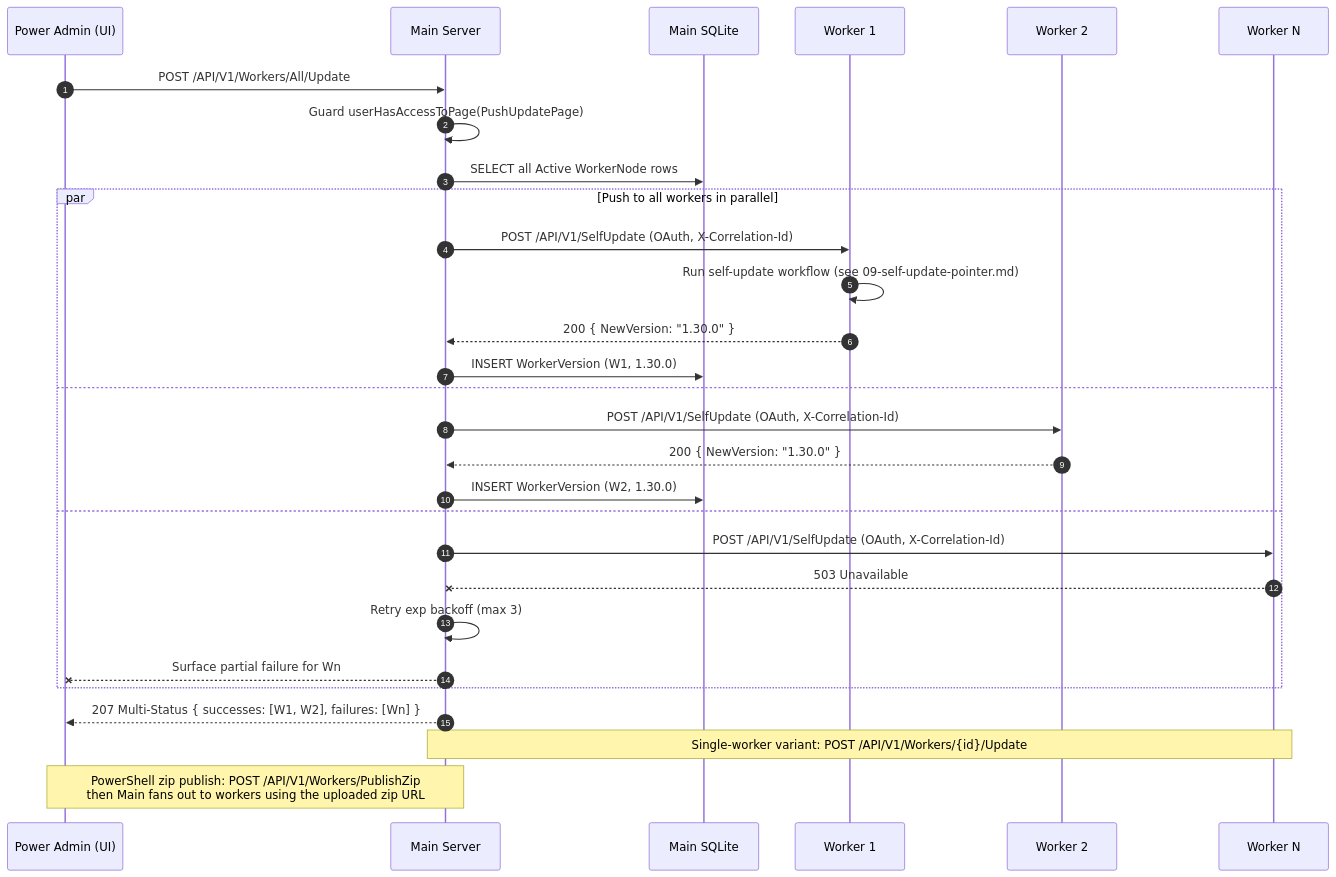
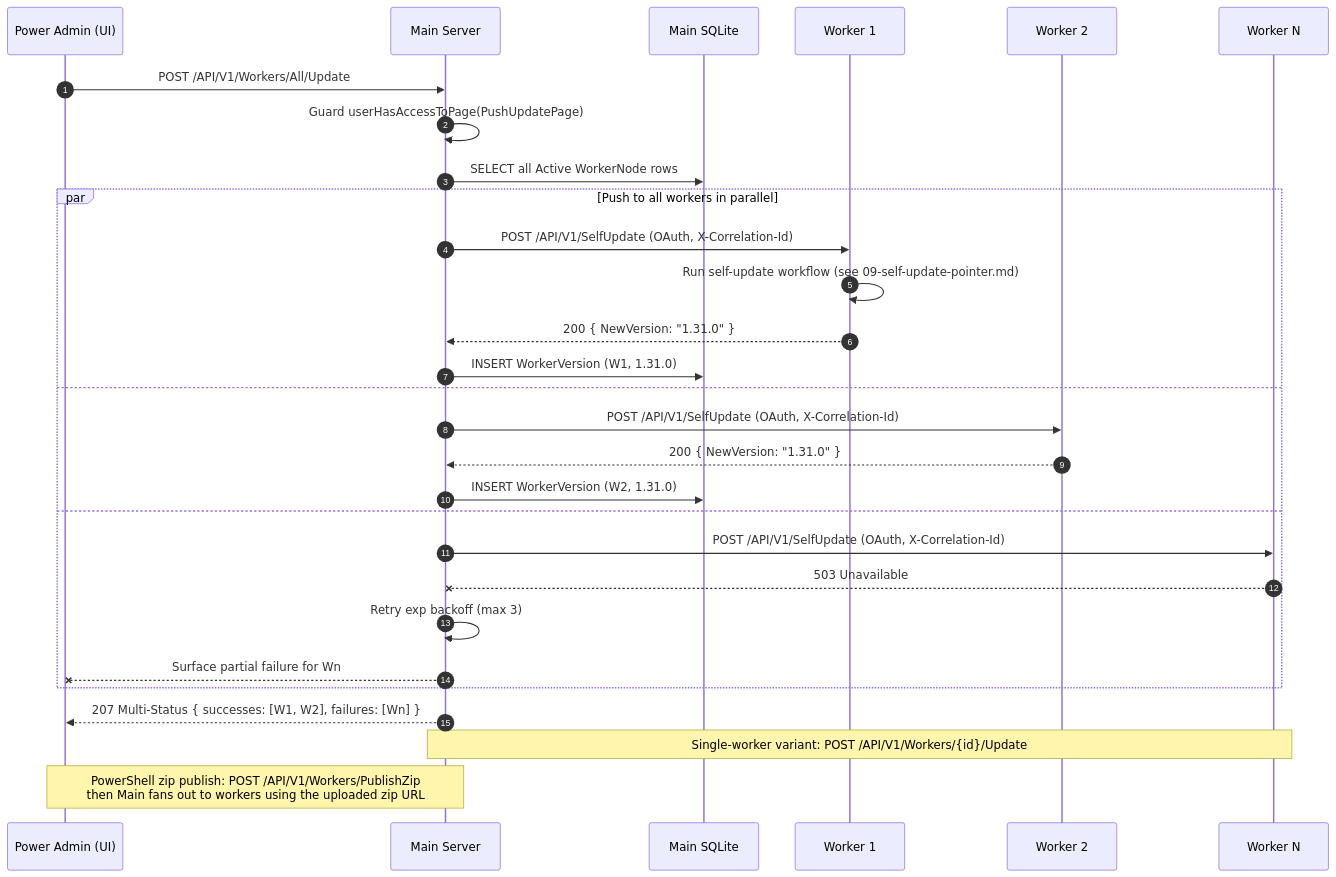
Before and after one commit to alimtvnetwork/prompt-architect-v2: the diagram in spec/19-main-worker-service/diagrams/seq-push-update.mmd, drawn with Mermaid. The commit also changed 13 other files, not shown here.

```diff
--- a/spec/19-main-worker-service/diagrams/seq-push-update.mmd
+++ b/spec/19-main-worker-service/diagrams/seq-push-update.mmd
@@ -1,43 +1,43 @@
 %% ==========================================================
 %% NON-AUTHORITATIVE PROJECTION
 %% ==========================================================
 %% Subject:        Power-Admin push-update fan-out
 %% Authoritative:  spec/14-update/28-worker-push-instruction.md + spec/19/15-tunable-constants.md
 %% Status:         Illustrative only. If this diagram disagrees
 %%                 with the authoritative spec(s) above, the
 %%                 spec wins and this file is the bug.
 %% Banner version: 1.0.0 (2026-05-04, audit fix #9)
 %% ==========================================================
 sequenceDiagram
     autonumber
     participant Admin as Power Admin (UI)
     participant Main as Main Server
     participant DB as Main SQLite
     participant W1 as Worker 1
     participant W2 as Worker 2
     participant Wn as Worker N
 
     Admin->>Main: POST /API/V1/Workers/All/Update
     Main->>Main: Guard userHasAccessToPage(PushUpdatePage)
     Main->>DB: SELECT all Active WorkerNode rows
 
     par Push to all workers in parallel
         Main->>W1: POST /API/V1/SelfUpdate (OAuth, X-Correlation-Id)
         W1->>W1: Run self-update workflow (see 09-self-update-pointer.md)
-        W1-->>Main: 200 { NewVersion: "1.30.0" }
-        Main->>DB: INSERT WorkerVersion (W1, 1.30.0)
+        W1-->>Main: 200 { NewVersion: "1.31.0" }
+        Main->>DB: INSERT WorkerVersion (W1, 1.31.0)
     and
         Main->>W2: POST /API/V1/SelfUpdate (OAuth, X-Correlation-Id)
-        W2-->>Main: 200 { NewVersion: "1.30.0" }
-        Main->>DB: INSERT WorkerVersion (W2, 1.30.0)
+        W2-->>Main: 200 { NewVersion: "1.31.0" }
+        Main->>DB: INSERT WorkerVersion (W2, 1.31.0)
     and
         Main->>Wn: POST /API/V1/SelfUpdate (OAuth, X-Correlation-Id)
         Wn--xMain: 503 Unavailable
         Main->>Main: Retry exp backoff (max 3)
         Main--xAdmin: Surface partial failure for Wn
     end
 
     Main-->>Admin: 207 Multi-Status { successes: [W1, W2], failures: [Wn] }
 
     Note over Main,Wn: Single-worker variant: POST /API/V1/Workers/{id}/Update
     Note over Admin,Main: PowerShell zip publish: POST /API/V1/Workers/PublishZip<br/>then Main fans out to workers using the uploaded zip URL
```
